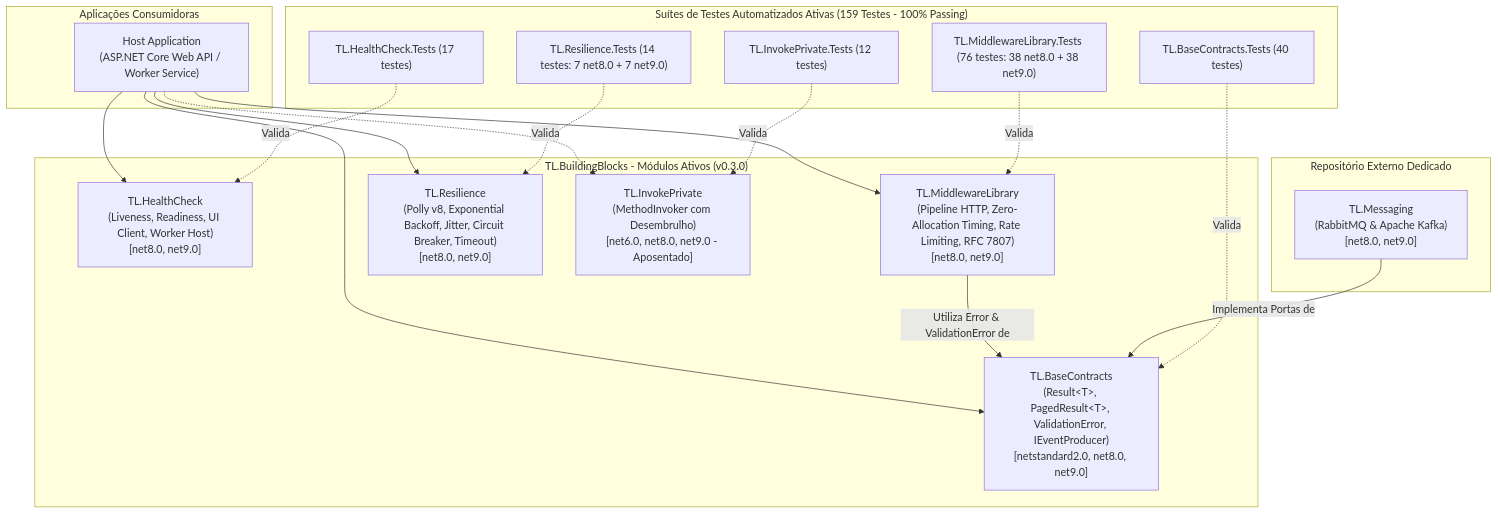
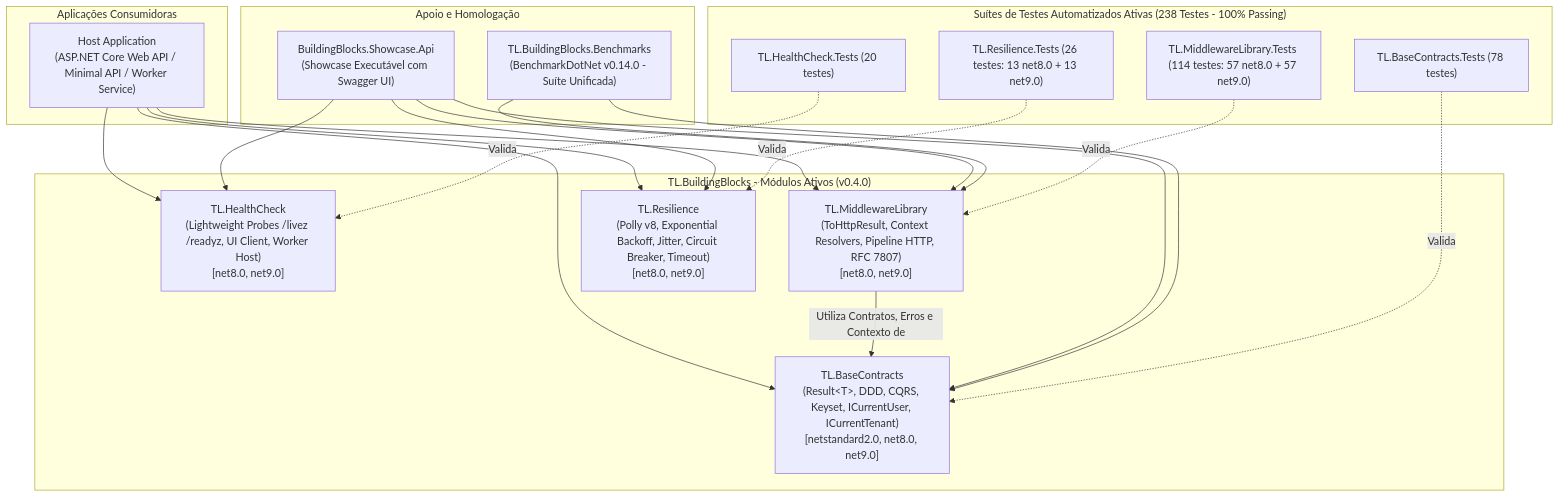
The second of 2 diagrams in docs/arquitetura/visao-geral.md (thaylonlopes/BuildingBlocks), drawn with Mermaid before and after one commit. The commit also changed other lines of this file and 11 other files, not shown here.

````diff
--- a/docs/arquitetura/visao-geral.md
+++ b/docs/arquitetura/visao-geral.md
@@ -39,40 +38,42 @@
 ```mermaid
 graph TD
     subgraph "Aplicações Consumidoras"
-        AppHost["Host Application<br/>(ASP.NET Core Web API / Worker Service)"]
+        AppHost["Host Application<br/>(ASP.NET Core Web API / Minimal API / Worker Service)"]
     end
 
-    subgraph "TL.BuildingBlocks - Módulos Ativos (v0.3.0)"
-        RR["TL.BaseContracts<br/>(Result&lt;T&gt;, PagedResult&lt;T&gt;, ValidationError, IEventProducer)<br/>[netstandard2.0, net8.0, net9.0]"]
-        HC["TL.HealthCheck<br/>(Liveness, Readiness, UI Client, Worker Host)<br/>[net8.0, net9.0]"]
-        ML["TL.MiddlewareLibrary<br/>(Pipeline HTTP, Zero-Allocation Timing, Rate Limiting, RFC 7807)<br/>[net8.0, net9.0]"]
+    subgraph "TL.BuildingBlocks - Módulos Ativos (v0.4.0)"
+        RR["TL.BaseContracts<br/>(Result&lt;T&gt;, DDD, CQRS, Keyset, ICurrentUser, ICurrentTenant)<br/>[netstandard2.0, net8.0, net9.0]"]
+        HC["TL.HealthCheck<br/>(Lightweight Probes /livez /readyz, UI Client, Worker Host)<br/>[net8.0, net9.0]"]
+        ML["TL.MiddlewareLibrary<br/>(ToHttpResult, Context Resolvers, Pipeline HTTP, RFC 7807)<br/>[net8.0, net9.0]"]
         RES["TL.Resilience<br/>(Polly v8, Exponential Backoff, Jitter, Circuit Breaker, Timeout)<br/>[net8.0, net9.0]"]
-        IP["TL.InvokePrivate<br/>(MethodInvoker com Desembrulho)<br/>[net6.0, net8.0, net9.0 - Aposentado]"]
     end
 
-    subgraph "Repositório Externo Dedicado"
-        MSG["TL.Messaging<br/>(RabbitMQ &amp; Apache Kafka)<br/>[net8.0, net9.0]"]
+    subgraph "Apoio e Homologação"
+        BM["TL.BuildingBlocks.Benchmarks<br/>(BenchmarkDotNet v0.14.0 - Suíte Unificada)"]
+        SC["BuildingBlocks.Showcase.Api<br/>(Showcase Executável com Swagger UI)"]
     end
 
-    subgraph "Suítes de Testes Automatizados Ativas (159 Testes - 100% Passing)"
-        RRTests["TL.BaseContracts.Tests (40 testes)"]
-        HCTests["TL.HealthCheck.Tests (17 testes)"]
-        MLTests["TL.MiddlewareLibrary.Tests (76 testes: 38 net8.0 + 38 net9.0)"]
-        RESTests["TL.Resilience.Tests (14 testes: 7 net8.0 + 7 net9.0)"]
-        IPTests["TL.InvokePrivate.Tests (12 testes)"]
+    subgraph "Suítes de Testes Automatizados Ativas (238 Testes - 100% Passing)"
+        RRTests["TL.BaseContracts.Tests (78 testes)"]
+        HCTests["TL.HealthCheck.Tests (20 testes)"]
+        MLTests["TL.MiddlewareLibrary.Tests (114 testes: 57 net8.0 + 57 net9.0)"]
+        RESTests["TL.Resilience.Tests (26 testes: 13 net8.0 + 13 net9.0)"]
     end
 
     AppHost --> RR
     AppHost --> HC
     AppHost --> ML
     AppHost --> RES
-    AppHost -.-> IP
-    ML -->|"Utiliza Error &amp; ValidationError de"| RR
-    MSG -->|"Implementa Portas de"| RR
+    ML -->|"Utiliza Contratos, Erros e Contexto de"| RR
+    SC --> RR
+    SC --> HC
+    SC --> ML
+    SC --> RES
+    BM --> RR
+    BM --> ML
 
     RRTests -.->|"Valida"| RR
     HCTests -.->|"Valida"| HC
     MLTests -.->|"Valida"| ML
     RESTests -.->|"Valida"| RES
-    IPTests -.->|"Valida"| IP
 ```
````
